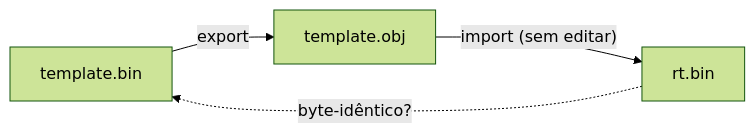
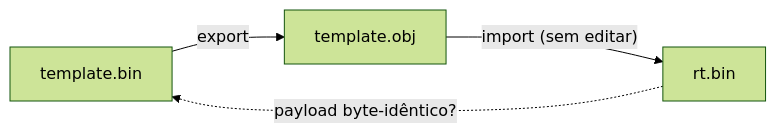
One commit to FVitor7/wepes3d changed the sixth of 6 diagrams in docs/03-pipeline.md. Above: the diagram before and after it, drawn with Mermaid (forest theme). The commit also changed other lines of this file and 18 other files, not shown here.

````diff
--- a/docs/03-pipeline.md
+++ b/docs/03-pipeline.md
@@ -193,6 +200,6 @@
 ```mermaid
 flowchart LR
     BIN["template.bin"] -->|export| OBJ["template.obj"]
     OBJ -->|"import (sem editar)"| RT["rt.bin"]
-    RT -. "byte-idêntico?" .-> BIN
+    RT -. "payload byte-idêntico?" .-> BIN
 ```
````
